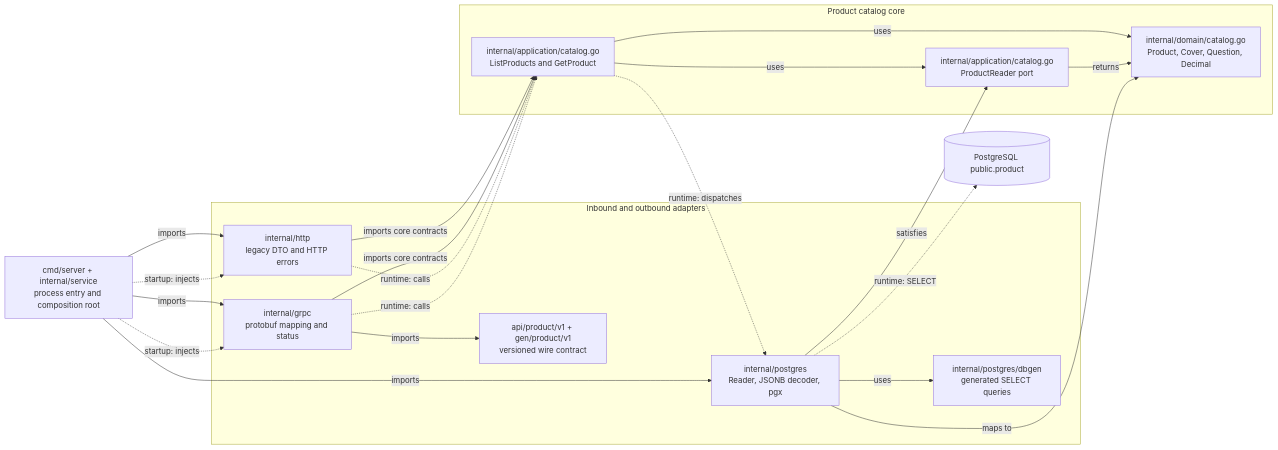
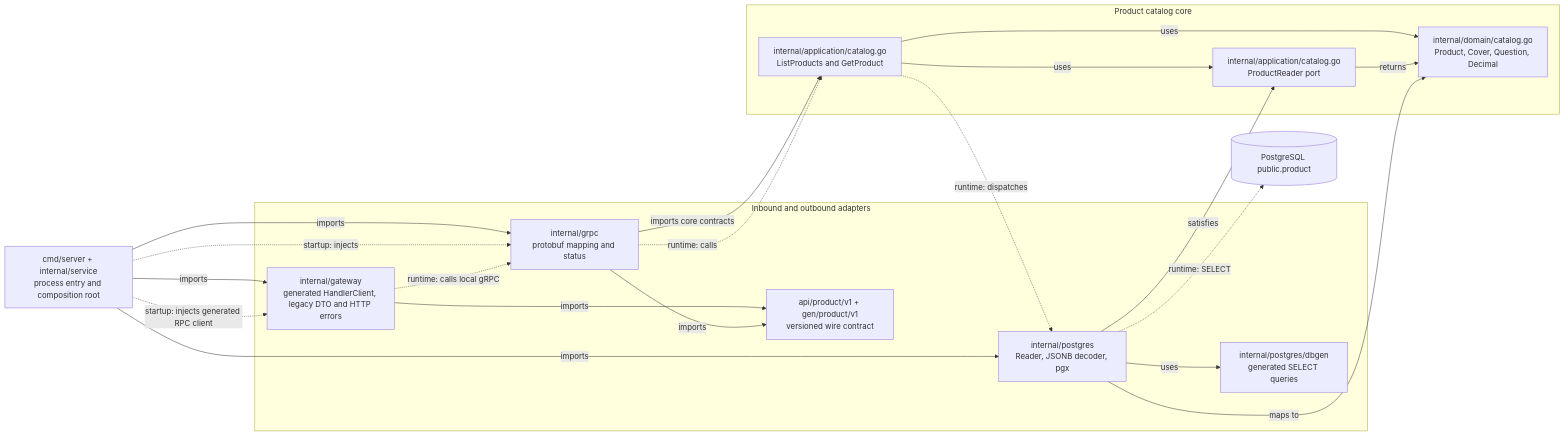
Before and after one commit to igor-baiborodine/insurance-hub: the diagram in services/product-service/README.md, drawn with Mermaid. The commit also changed other lines of this file and 23 other files, not shown here.

Commit message:
fix(product): [issue-285][step-4] route HTTP through gRPC gateway

````diff
--- a/services/product-service/README.md
+++ b/services/product-service/README.md
@@ -474,37 +476,37 @@
 ```mermaid
 flowchart LR
     subgraph Core["Product catalog core"]
         Domain["internal/domain/catalog.go<br/>Product, Cover, Question, Decimal"]
         UseCases["internal/application/catalog.go<br/>ListProducts and GetProduct"]
         Port["internal/application/catalog.go<br/>ProductReader port"]
         UseCases -->|"uses"| Port
         UseCases -->|"uses"| Domain
         Port -->|"returns"| Domain
     end
 
     subgraph Adapters["Inbound and outbound adapters"]
-        HTTP["internal/http<br/>legacy DTO and HTTP errors"]
+        HTTP["internal/gateway<br/>generated HandlerClient, legacy DTO and HTTP errors"]
         GRPC["internal/grpc<br/>protobuf mapping and status"]
         Proto["api/product/v1 + gen/product/v1<br/>versioned wire contract"]
         PG["internal/postgres<br/>Reader, JSONB decoder, pgx"]
         SQLC["internal/postgres/dbgen<br/>generated SELECT queries"]
     end
 
-    HTTP -->|"imports core contracts"| UseCases
+    HTTP -->|"imports"| Proto
     GRPC -->|"imports core contracts"| UseCases
     GRPC -->|"imports"| Proto
     PG -->|"satisfies"| Port
     PG -->|"maps to"| Domain
     PG -->|"uses"| SQLC
 
     Composition["cmd/server + internal/service<br/>process entry and composition root"]
     Composition -->|"imports"| HTTP
     Composition -->|"imports"| GRPC
     Composition -->|"imports"| PG
-    Composition -.->|"startup: injects"| HTTP
+    Composition -.->|"startup: injects generated RPC client"| HTTP
     Composition -.->|"startup: injects"| GRPC
-    HTTP -.->|"runtime: calls"| UseCases
+    HTTP -.->|"runtime: calls local gRPC"| GRPC
     GRPC -.->|"runtime: calls"| UseCases
     UseCases -.->|"runtime: dispatches"| PG
     PG -.->|"runtime: SELECT"| DB[("PostgreSQL public.product")]
 ```
````
